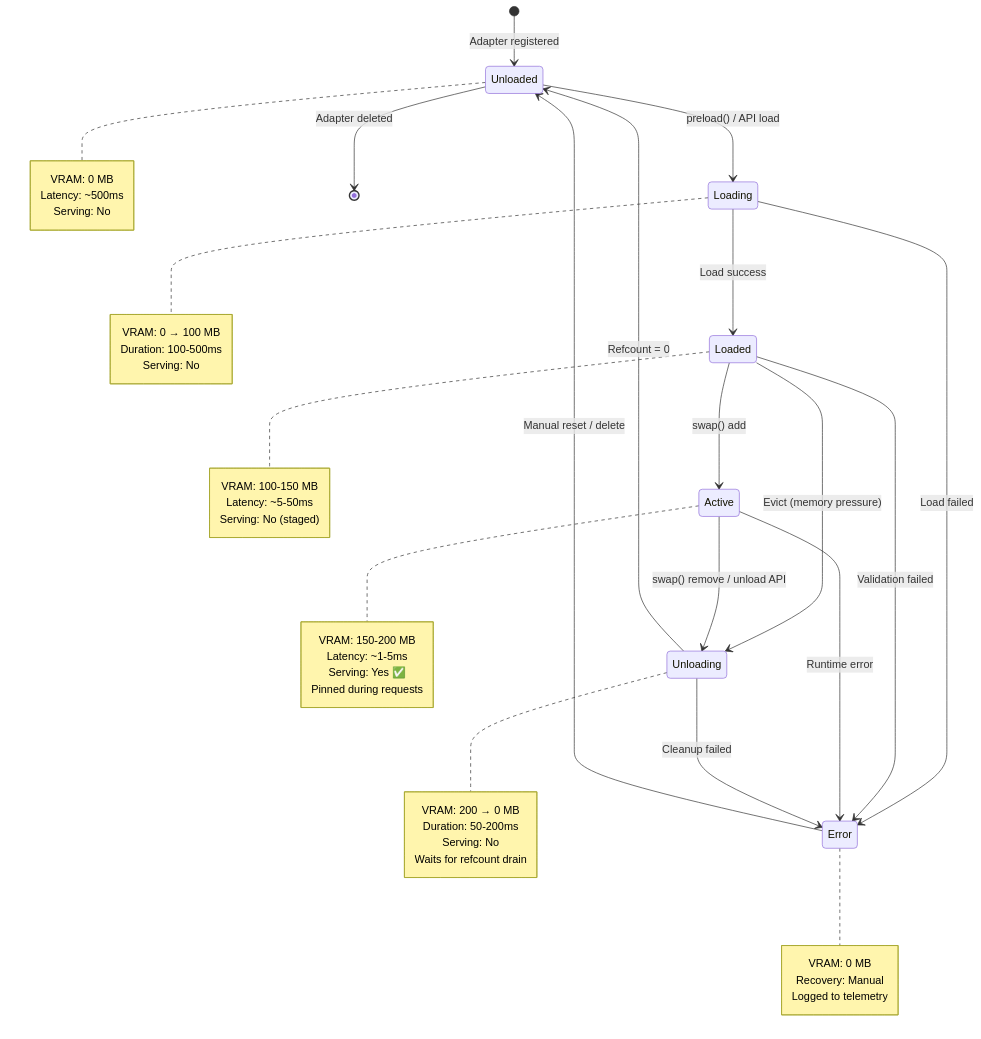
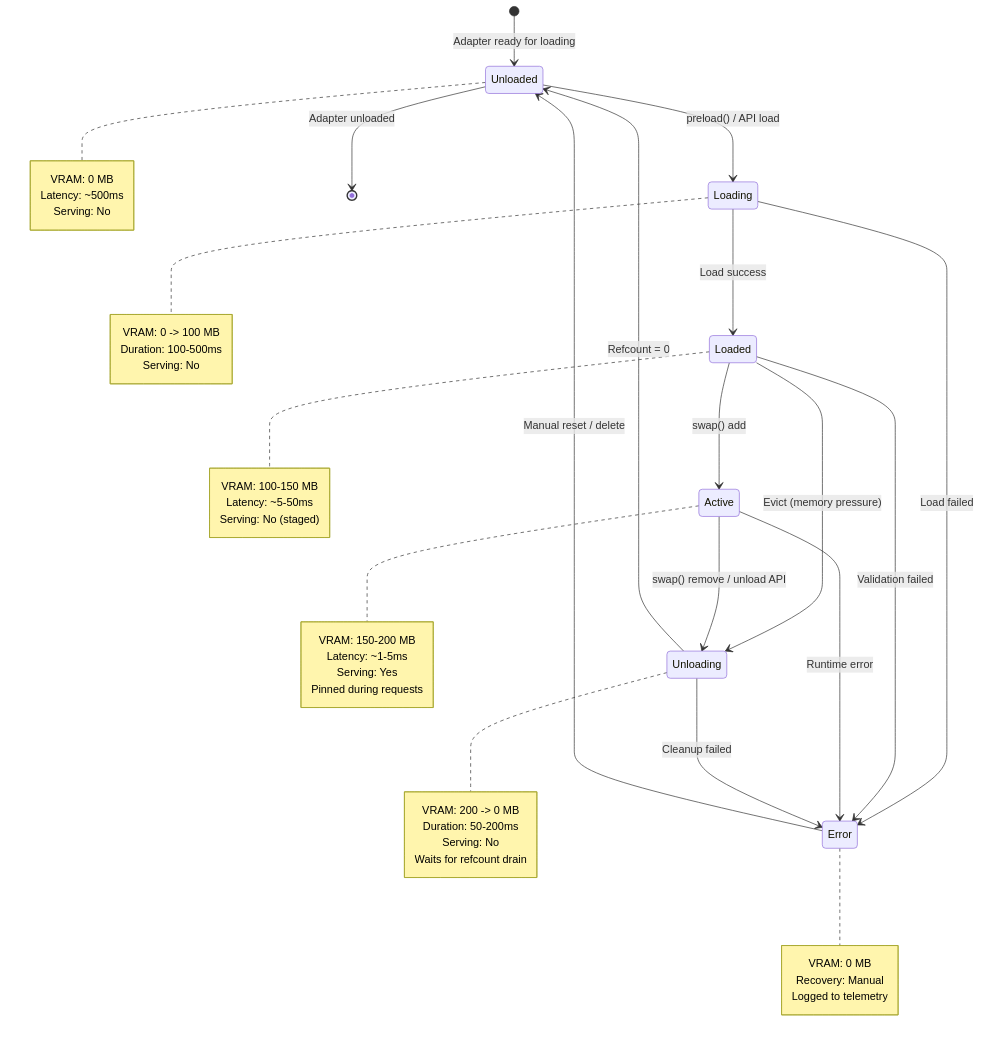
One commit to rogu3bear/adapter-os changed the second of 4 diagrams in docs/LIFECYCLE.md. Above: the diagram before and after it, drawn with Mermaid. The commit also changed other lines of this file and 69 other files, not shown here.

````diff
--- a/docs/LIFECYCLE.md
+++ b/docs/LIFECYCLE.md
@@ -683,60 +1033,60 @@
 ```mermaid
 stateDiagram-v2
-    [*] --> Unloaded: Adapter registered
+    [*] --> Unloaded: Adapter ready for loading
 
     Unloaded --> Loading: preload() / API load
     Loading --> Loaded: Load success
     Loading --> Error: Load failed
 
     Loaded --> Active: swap() add
     Loaded --> Unloading: Evict (memory pressure)
     Loaded --> Error: Validation failed
 
     Active --> Unloading: swap() remove / unload API
     Active --> Error: Runtime error
 
     Unloading --> Unloaded: Refcount = 0
     Unloading --> Error: Cleanup failed
 
     Error --> Unloaded: Manual reset / delete
 
-    Unloaded --> [*]: Adapter deleted
+    Unloaded --> [*]: Adapter unloaded
 
     note right of Unloaded
         VRAM: 0 MB
         Latency: ~500ms
         Serving: No
     end note
 
     note right of Loading
-        VRAM: 0 → 100 MB
+        VRAM: 0 -> 100 MB
         Duration: 100-500ms
         Serving: No
     end note
 
     note right of Loaded
         VRAM: 100-150 MB
         Latency: ~5-50ms
         Serving: No (staged)
     end note
 
     note right of Active
         VRAM: 150-200 MB
         Latency: ~1-5ms
-        Serving: Yes ✅
+        Serving: Yes
         Pinned during requests
     end note
 
     note right of Unloading
-        VRAM: 200 → 0 MB
+        VRAM: 200 -> 0 MB
         Duration: 50-200ms
         Serving: No
         Waits for refcount drain
     end note
 
     note right of Error
         VRAM: 0 MB
         Recovery: Manual
         Logged to telemetry
     end note
 ```
````
